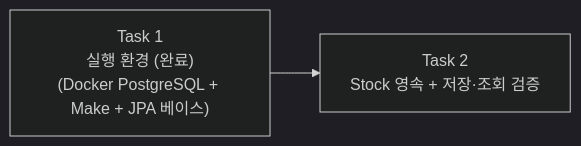
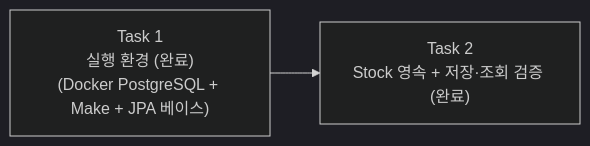
Before and after one commit to JuJin1324/assignment-inventory-management: the diagram in docs/epics/outbound/3-plan/story2/tasks.md, drawn with Mermaid (dark theme). The commit also changed other lines of this file and 7 other files, not shown here.

First line of the commit message:
feat(outbound): Story 2 Task 2 — Stock 영속 (JPA 매핑 + 저장·조회 검증)

````diff
--- a/docs/epics/outbound/3-plan/story2/tasks.md
+++ b/docs/epics/outbound/3-plan/story2/tasks.md
@@ -7,6 +7,6 @@
 ```mermaid
 graph LR
     T1["Task 1<br/>실행 환경 (완료)<br/>(Docker PostgreSQL + Make + JPA 베이스)"]
-    T2["Task 2<br/>Stock 영속 + 저장·조회 검증"]
+    T2["Task 2<br/>Stock 영속 + 저장·조회 검증 (완료)"]
     T1 --> T2
 ```
````
